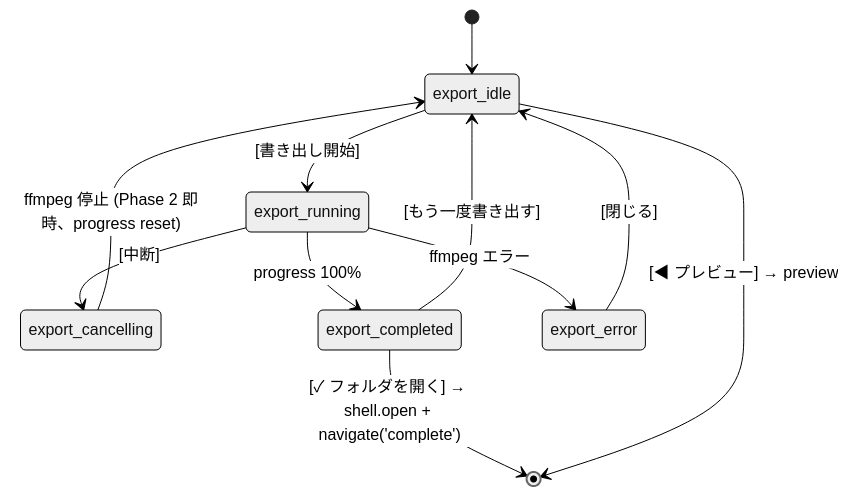
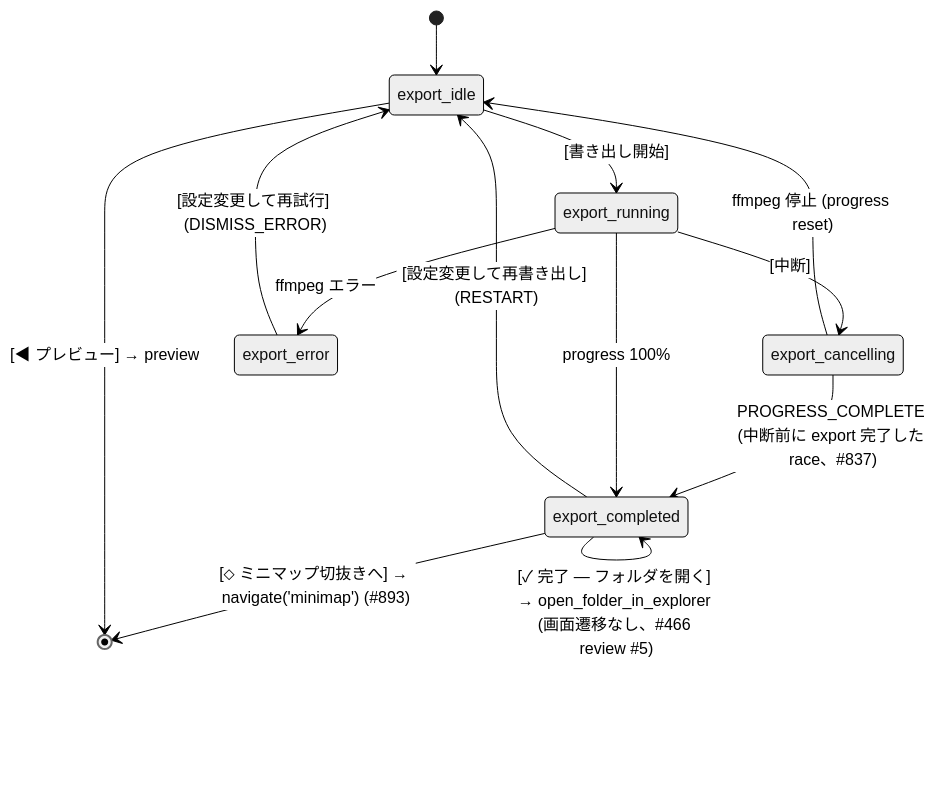
Before and after one commit to Idios/kobutachan-allaganeye: the sixth of 8 diagrams in docs/ui-architecture.md, drawn with Mermaid (neutral theme). The commit also changed other lines of this file and 377 other files, not shown here.

````diff
--- a/docs/ui-architecture.md
+++ b/docs/ui-architecture.md
@@ -323,13 +331,15 @@
 ```mermaid
 stateDiagram-v2
     [*] --> export_idle
     export_idle --> export_running: [書き出し開始]
     export_running --> export_cancelling: [中断]
-    export_cancelling --> export_idle: ffmpeg 停止 (Phase 2 即時、progress reset)
+    export_cancelling --> export_idle: ffmpeg 停止 (progress reset)
+    export_cancelling --> export_completed: PROGRESS_COMPLETE (中断前に export 完了した race、#837)
     export_running --> export_completed: progress 100%
     export_running --> export_error: ffmpeg エラー
-    export_completed --> export_idle: [もう一度書き出す]
-    export_completed --> [*]: [✓ フォルダを開く] → shell.open + navigate('complete')
-    export_error --> export_idle: [閉じる]
+    export_completed --> export_completed: [✓ 完了 — フォルダを開く] → open_folder_in_explorer (画面遷移なし、#466 review #5)
+    export_completed --> export_idle: [設定変更して再書き出し] (RESTART)
+    export_completed --> [*]: [⬦ ミニマップ切抜きへ] → navigate('minimap') (#893)
+    export_error --> export_idle: [設定変更して再試行] (DISMISS_ERROR)
     export_idle --> [*]: [◀ プレビュー] → preview
 ```
````
